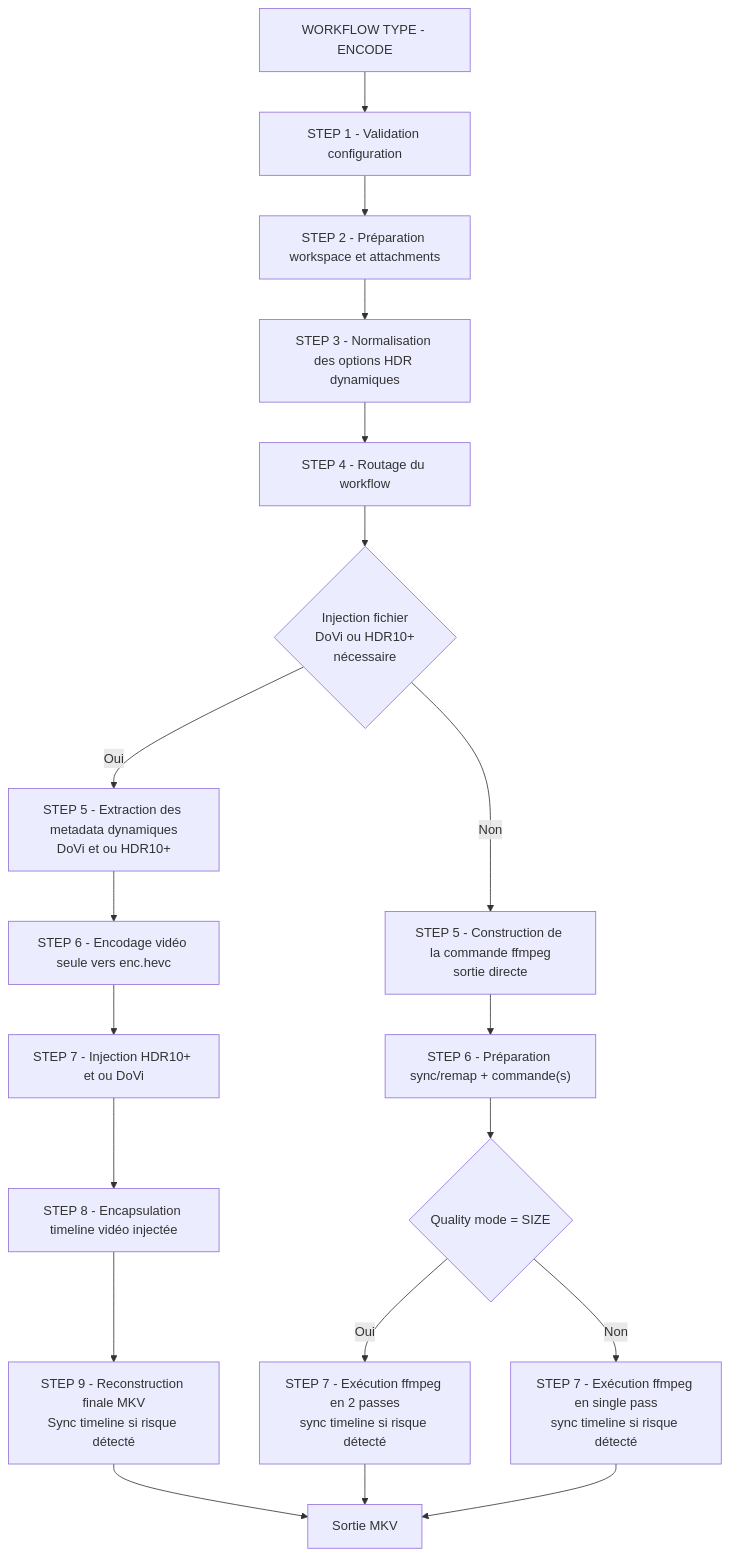
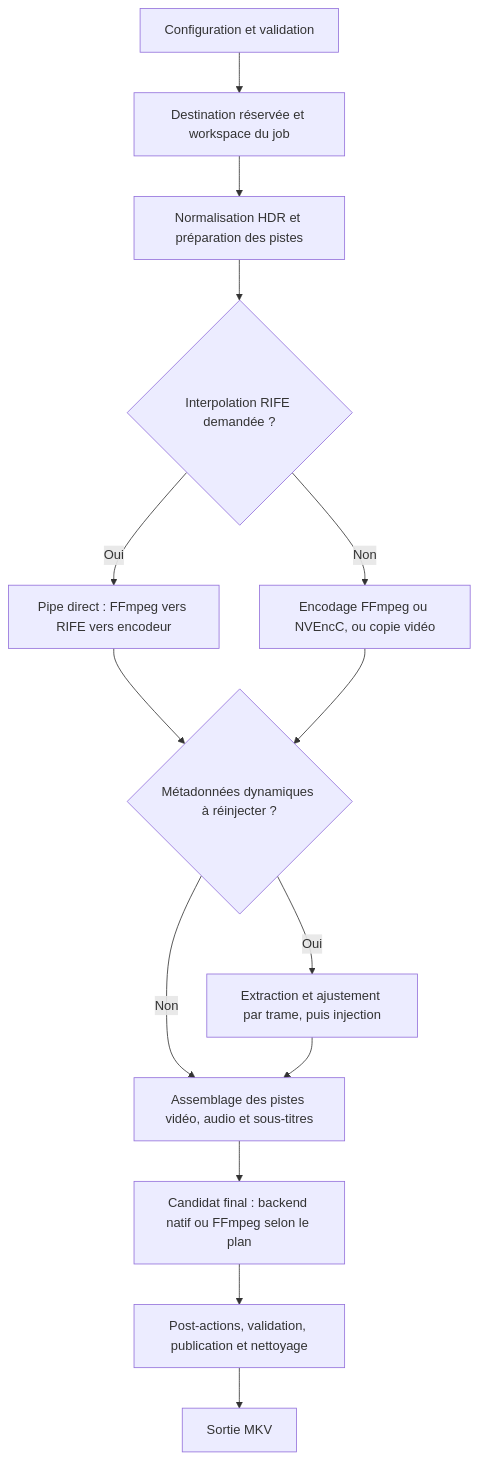
Before and after one commit to Hydro74000/muxiveo: the third of 5 diagrams in README.md, drawn with Mermaid. The commit also changed other lines of this file and 34 other files, not shown here.

````diff
--- a/README.md
+++ b/README.md
@@ -761,24 +762,16 @@
 ```mermaid
 flowchart TD
-    A["WORKFLOW TYPE - ENCODE"] --> B["STEP 1 - Validation configuration"]
-    B --> C["STEP 2 - Préparation workspace et attachments"]
-    C --> D["STEP 3 - Normalisation des options HDR dynamiques"]
-    D --> E["STEP 4 - Routage du workflow"]
-    E --> F{"Injection fichier<br/>DoVi ou HDR10+<br/>nécessaire"}
-
-    F -->|Oui| K["STEP 5 - Extraction des metadata dynamiques<br/>DoVi et ou HDR10+"]
-    K --> L["STEP 6 - Encodage vidéo seule vers enc.hevc"]
-    L --> M["STEP 7 - Injection HDR10+ et ou DoVi"]
-    M --> N["STEP 8 - Encapsulation timeline vidéo injectée"]
-    N --> O["STEP 9 - Reconstruction finale MKV<br/>Sync timeline si risque détecté"]
-
-    F -->|Non| G["STEP 5 - Construction de la commande ffmpeg<br/>sortie directe"]
-    G --> H["STEP 6 - Préparation sync/remap + commande(s)"]
-    H --> P{"Quality mode = SIZE"}
-    P -->|Oui| Q["STEP 7 - Exécution ffmpeg en 2 passes<br/>sync timeline si risque détecté"]
-    P -->|Non| R["STEP 7 - Exécution ffmpeg en single pass<br/>sync timeline si risque détecté"]
-
-    O --> Z["Sortie MKV"]
-    Q --> Z
-    R --> Z
+    A[Configuration et validation] --> B[Destination réservée et workspace du job]
+    B --> C[Normalisation HDR et préparation des pistes]
+    C --> D{Interpolation RIFE demandée ?}
+    D -->|Oui| E[Pipe direct : FFmpeg vers RIFE vers encodeur]
+    D -->|Non| F[Encodage FFmpeg ou NVEncC, ou copie vidéo]
+    E --> G{Métadonnées dynamiques à réinjecter ?}
+    F --> G
+    G -->|Oui| H[Extraction et ajustement par trame, puis injection]
+    G -->|Non| I[Assemblage des pistes vidéo, audio et sous-titres]
+    H --> I
+    I --> J[Candidat final : backend natif ou FFmpeg selon le plan]
+    J --> K[Post-actions, validation, publication et nettoyage]
+    K --> Z[Sortie MKV]
 ```
````
